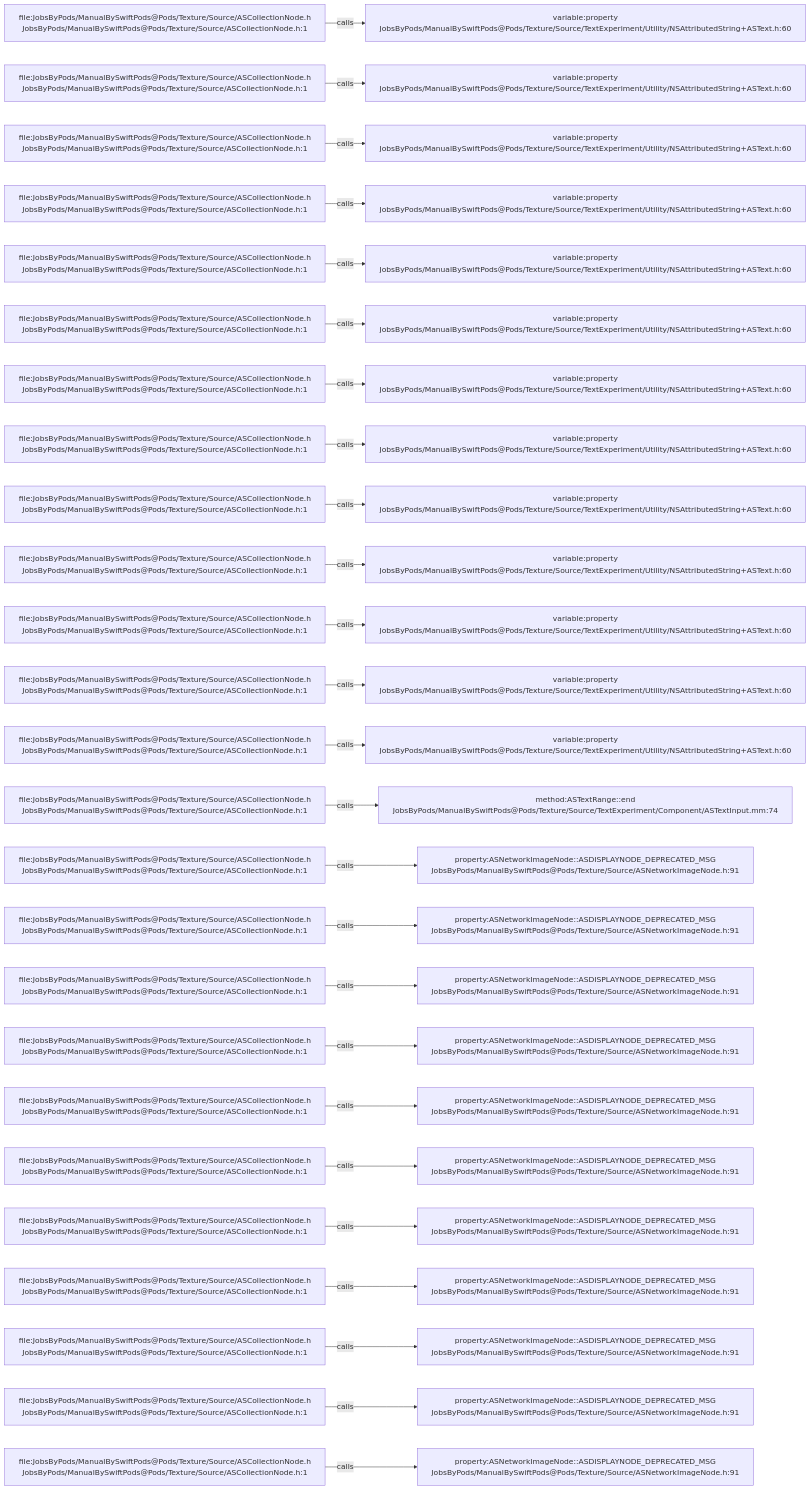
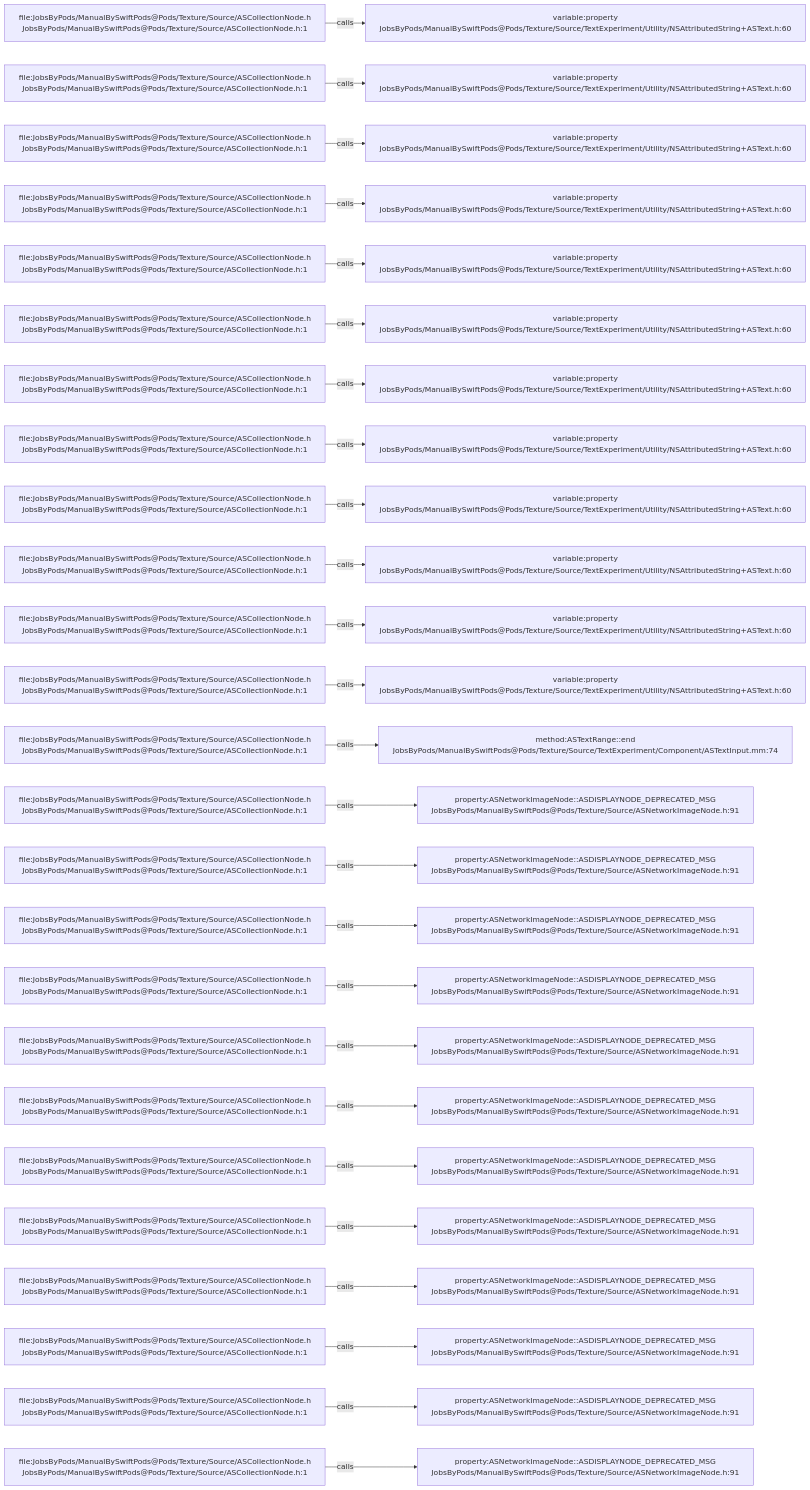
Before and after one commit to JobsKits/JobsSwiftBaseConfigDemo: the diagram in .codegraph/codegraph.md/graphs/calls-006.md, drawn with Mermaid. The commit also changed 747 other files, not shown here.

````diff
--- a/.codegraph/codegraph.md/graphs/calls-006.md
+++ b/.codegraph/codegraph.md/graphs/calls-006.md
@@ -13,78 +13,78 @@
 ```mermaid
 flowchart LR
   S1["file:JobsByPods/ManualBySwiftPods@Pods/Texture/Source/ASCollectionNode.h<br/>JobsByPods/ManualBySwiftPods@Pods/Texture/Source/ASCollectionNode.h:1"]
   T1["variable:property<br/>JobsByPods/ManualBySwiftPods@Pods/Texture/Source/TextExperiment/Utility/NSAttributedString+ASText.h:60"]
   S1 -->|calls| T1
   S2["file:JobsByPods/ManualBySwiftPods@Pods/Texture/Source/ASCollectionNode.h<br/>JobsByPods/ManualBySwiftPods@Pods/Texture/Source/ASCollectionNode.h:1"]
   T2["variable:property<br/>JobsByPods/ManualBySwiftPods@Pods/Texture/Source/TextExperiment/Utility/NSAttributedString+ASText.h:60"]
   S2 -->|calls| T2
   S3["file:JobsByPods/ManualBySwiftPods@Pods/Texture/Source/ASCollectionNode.h<br/>JobsByPods/ManualBySwiftPods@Pods/Texture/Source/ASCollectionNode.h:1"]
   T3["variable:property<br/>JobsByPods/ManualBySwiftPods@Pods/Texture/Source/TextExperiment/Utility/NSAttributedString+ASText.h:60"]
   S3 -->|calls| T3
   S4["file:JobsByPods/ManualBySwiftPods@Pods/Texture/Source/ASCollectionNode.h<br/>JobsByPods/ManualBySwiftPods@Pods/Texture/Source/ASCollectionNode.h:1"]
   T4["variable:property<br/>JobsByPods/ManualBySwiftPods@Pods/Texture/Source/TextExperiment/Utility/NSAttributedString+ASText.h:60"]
   S4 -->|calls| T4
   S5["file:JobsByPods/ManualBySwiftPods@Pods/Texture/Source/ASCollectionNode.h<br/>JobsByPods/ManualBySwiftPods@Pods/Texture/Source/ASCollectionNode.h:1"]
   T5["variable:property<br/>JobsByPods/ManualBySwiftPods@Pods/Texture/Source/TextExperiment/Utility/NSAttributedString+ASText.h:60"]
   S5 -->|calls| T5
   S6["file:JobsByPods/ManualBySwiftPods@Pods/Texture/Source/ASCollectionNode.h<br/>JobsByPods/ManualBySwiftPods@Pods/Texture/Source/ASCollectionNode.h:1"]
   T6["variable:property<br/>JobsByPods/ManualBySwiftPods@Pods/Texture/Source/TextExperiment/Utility/NSAttributedString+ASText.h:60"]
   S6 -->|calls| T6
   S7["file:JobsByPods/ManualBySwiftPods@Pods/Texture/Source/ASCollectionNode.h<br/>JobsByPods/ManualBySwiftPods@Pods/Texture/Source/ASCollectionNode.h:1"]
   T7["variable:property<br/>JobsByPods/ManualBySwiftPods@Pods/Texture/Source/TextExperiment/Utility/NSAttributedString+ASText.h:60"]
   S7 -->|calls| T7
   S8["file:JobsByPods/ManualBySwiftPods@Pods/Texture/Source/ASCollectionNode.h<br/>JobsByPods/ManualBySwiftPods@Pods/Texture/Source/ASCollectionNode.h:1"]
   T8["variable:property<br/>JobsByPods/ManualBySwiftPods@Pods/Texture/Source/TextExperiment/Utility/NSAttributedString+ASText.h:60"]
   S8 -->|calls| T8
   S9["file:JobsByPods/ManualBySwiftPods@Pods/Texture/Source/ASCollectionNode.h<br/>JobsByPods/ManualBySwiftPods@Pods/Texture/Source/ASCollectionNode.h:1"]
   T9["variable:property<br/>JobsByPods/ManualBySwiftPods@Pods/Texture/Source/TextExperiment/Utility/NSAttributedString+ASText.h:60"]
   S9 -->|calls| T9
   S10["file:JobsByPods/ManualBySwiftPods@Pods/Texture/Source/ASCollectionNode.h<br/>JobsByPods/ManualBySwiftPods@Pods/Texture/Source/ASCollectionNode.h:1"]
   T10["variable:property<br/>JobsByPods/ManualBySwiftPods@Pods/Texture/Source/TextExperiment/Utility/NSAttributedString+ASText.h:60"]
   S10 -->|calls| T10
   S11["file:JobsByPods/ManualBySwiftPods@Pods/Texture/Source/ASCollectionNode.h<br/>JobsByPods/ManualBySwiftPods@Pods/Texture/Source/ASCollectionNode.h:1"]
   T11["variable:property<br/>JobsByPods/ManualBySwiftPods@Pods/Texture/Source/TextExperiment/Utility/NSAttributedString+ASText.h:60"]
   S11 -->|calls| T11
   S12["file:JobsByPods/ManualBySwiftPods@Pods/Texture/Source/ASCollectionNode.h<br/>JobsByPods/ManualBySwiftPods@Pods/Texture/Source/ASCollectionNode.h:1"]
   T12["variable:property<br/>JobsByPods/ManualBySwiftPods@Pods/Texture/Source/TextExperiment/Utility/NSAttributedString+ASText.h:60"]
   S12 -->|calls| T12
   S13["file:JobsByPods/ManualBySwiftPods@Pods/Texture/Source/ASCollectionNode.h<br/>JobsByPods/ManualBySwiftPods@Pods/Texture/Source/ASCollectionNode.h:1"]
-  T13["variable:property<br/>JobsByPods/ManualBySwiftPods@Pods/Texture/Source/TextExperiment/Utility/NSAttributedString+ASText.h:60"]
+  T13["method:ASTextRange::end<br/>JobsByPods/ManualBySwiftPods@Pods/Texture/Source/TextExperiment/Component/ASTextInput.mm:74"]
   S13 -->|calls| T13
   S14["file:JobsByPods/ManualBySwiftPods@Pods/Texture/Source/ASCollectionNode.h<br/>JobsByPods/ManualBySwiftPods@Pods/Texture/Source/ASCollectionNode.h:1"]
-  T14["method:ASTextRange::end<br/>JobsByPods/ManualBySwiftPods@Pods/Texture/Source/TextExperiment/Component/ASTextInput.mm:74"]
+  T14["property:ASNetworkImageNode::ASDISPLAYNODE_DEPRECATED_MSG<br/>JobsByPods/ManualBySwiftPods@Pods/Texture/Source/ASNetworkImageNode.h:91"]
   S14 -->|calls| T14
   S15["file:JobsByPods/ManualBySwiftPods@Pods/Texture/Source/ASCollectionNode.h<br/>JobsByPods/ManualBySwiftPods@Pods/Texture/Source/ASCollectionNode.h:1"]
   T15["property:ASNetworkImageNode::ASDISPLAYNODE_DEPRECATED_MSG<br/>JobsByPods/ManualBySwiftPods@Pods/Texture/Source/ASNetworkImageNode.h:91"]
   S15 -->|calls| T15
   S16["file:JobsByPods/ManualBySwiftPods@Pods/Texture/Source/ASCollectionNode.h<br/>JobsByPods/ManualBySwiftPods@Pods/Texture/Source/ASCollectionNode.h:1"]
   T16["property:ASNetworkImageNode::ASDISPLAYNODE_DEPRECATED_MSG<br/>JobsByPods/ManualBySwiftPods@Pods/Texture/Source/ASNetworkImageNode.h:91"]
   S16 -->|calls| T16
   S17["file:JobsByPods/ManualBySwiftPods@Pods/Texture/Source/ASCollectionNode.h<br/>JobsByPods/ManualBySwiftPods@Pods/Texture/Source/ASCollectionNode.h:1"]
   T17["property:ASNetworkImageNode::ASDISPLAYNODE_DEPRECATED_MSG<br/>JobsByPods/ManualBySwiftPods@Pods/Texture/Source/ASNetworkImageNode.h:91"]
   S17 -->|calls| T17
   S18["file:JobsByPods/ManualBySwiftPods@Pods/Texture/Source/ASCollectionNode.h<br/>JobsByPods/ManualBySwiftPods@Pods/Texture/Source/ASCollectionNode.h:1"]
   T18["property:ASNetworkImageNode::ASDISPLAYNODE_DEPRECATED_MSG<br/>JobsByPods/ManualBySwiftPods@Pods/Texture/Source/ASNetworkImageNode.h:91"]
   S18 -->|calls| T18
   S19["file:JobsByPods/ManualBySwiftPods@Pods/Texture/Source/ASCollectionNode.h<br/>JobsByPods/ManualBySwiftPods@Pods/Texture/Source/ASCollectionNode.h:1"]
   T19["property:ASNetworkImageNode::ASDISPLAYNODE_DEPRECATED_MSG<br/>JobsByPods/ManualBySwiftPods@Pods/Texture/Source/ASNetworkImageNode.h:91"]
   S19 -->|calls| T19
   S20["file:JobsByPods/ManualBySwiftPods@Pods/Texture/Source/ASCollectionNode.h<br/>JobsByPods/ManualBySwiftPods@Pods/Texture/Source/ASCollectionNode.h:1"]
   T20["property:ASNetworkImageNode::ASDISPLAYNODE_DEPRECATED_MSG<br/>JobsByPods/ManualBySwiftPods@Pods/Texture/Source/ASNetworkImageNode.h:91"]
   S20 -->|calls| T20
   S21["file:JobsByPods/ManualBySwiftPods@Pods/Texture/Source/ASCollectionNode.h<br/>JobsByPods/ManualBySwiftPods@Pods/Texture/Source/ASCollectionNode.h:1"]
   T21["property:ASNetworkImageNode::ASDISPLAYNODE_DEPRECATED_MSG<br/>JobsByPods/ManualBySwiftPods@Pods/Texture/Source/ASNetworkImageNode.h:91"]
   S21 -->|calls| T21
   S22["file:JobsByPods/ManualBySwiftPods@Pods/Texture/Source/ASCollectionNode.h<br/>JobsByPods/ManualBySwiftPods@Pods/Texture/Source/ASCollectionNode.h:1"]
   T22["property:ASNetworkImageNode::ASDISPLAYNODE_DEPRECATED_MSG<br/>JobsByPods/ManualBySwiftPods@Pods/Texture/Source/ASNetworkImageNode.h:91"]
   S22 -->|calls| T22
   S23["file:JobsByPods/ManualBySwiftPods@Pods/Texture/Source/ASCollectionNode.h<br/>JobsByPods/ManualBySwiftPods@Pods/Texture/Source/ASCollectionNode.h:1"]
   T23["property:ASNetworkImageNode::ASDISPLAYNODE_DEPRECATED_MSG<br/>JobsByPods/ManualBySwiftPods@Pods/Texture/Source/ASNetworkImageNode.h:91"]
   S23 -->|calls| T23
   S24["file:JobsByPods/ManualBySwiftPods@Pods/Texture/Source/ASCollectionNode.h<br/>JobsByPods/ManualBySwiftPods@Pods/Texture/Source/ASCollectionNode.h:1"]
   T24["property:ASNetworkImageNode::ASDISPLAYNODE_DEPRECATED_MSG<br/>JobsByPods/ManualBySwiftPods@Pods/Texture/Source/ASNetworkImageNode.h:91"]
   S24 -->|calls| T24
   S25["file:JobsByPods/ManualBySwiftPods@Pods/Texture/Source/ASCollectionNode.h<br/>JobsByPods/ManualBySwiftPods@Pods/Texture/Source/ASCollectionNode.h:1"]
   T25["property:ASNetworkImageNode::ASDISPLAYNODE_DEPRECATED_MSG<br/>JobsByPods/ManualBySwiftPods@Pods/Texture/Source/ASNetworkImageNode.h:91"]
   S25 -->|calls| T25
 ```
````
